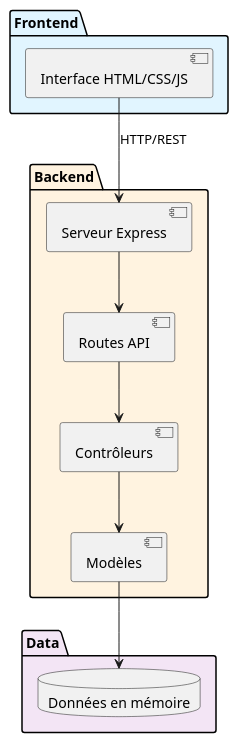
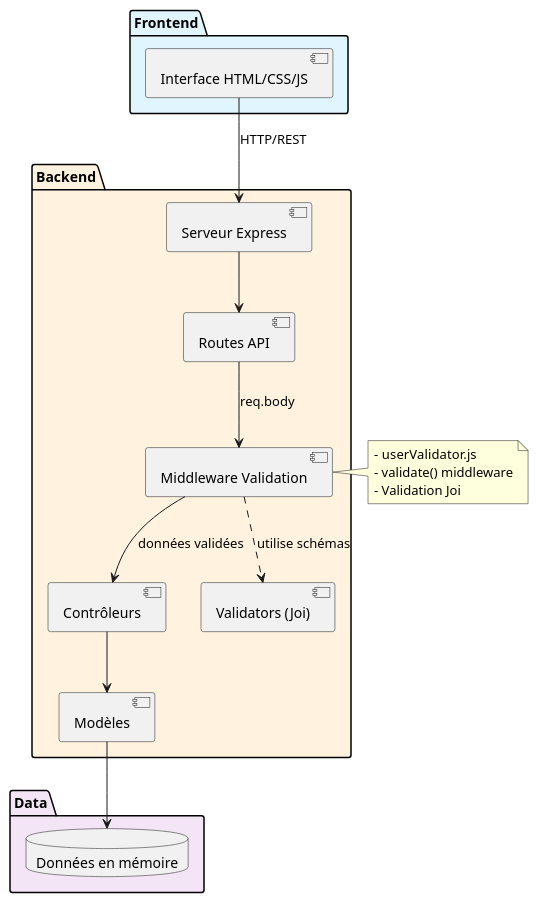
Before and after one commit to malek0501/DoneProject: the first of 5 diagrams in DIAGRAMS.md, drawn with PlantUML. The commit also changed other lines of this file, not shown here.

First line of the commit message:
docs: Mise à jour DIAGRAMS.md avec architecture validation complète

````diff
--- a/DIAGRAMS.md
+++ b/DIAGRAMS.md
@@ -5,24 +43,34 @@
 ```plantuml
 @startuml
 package "Frontend" #e1f5ff {
     [Interface HTML/CSS/JS]
 }
 
 package "Backend" #fff3e0 {
     [Serveur Express]
     [Routes API]
+    [Middleware Validation]
     [Contrôleurs]
     [Modèles]
+    [Validators (Joi)]
 }
 
 package "Data" #f3e5f5 {
     database "Données en mémoire"
 }
 
+note right of [Middleware Validation]
+  - userValidator.js
+  - validate() middleware
+  - Validation Joi
+end note
+
 [Interface HTML/CSS/JS] -down-> [Serveur Express] : HTTP/REST
 [Serveur Express] -down-> [Routes API]
-[Routes API] -down-> [Contrôleurs]
+[Routes API] -down-> [Middleware Validation] : req.body
+[Middleware Validation] ..> [Validators (Joi)] : utilise schémas
+[Middleware Validation] -down-> [Contrôleurs] : données validées
 [Contrôleurs] -down-> [Modèles]
 [Modèles] -down-> "Données en mémoire"
 @enduml
 ```
````
